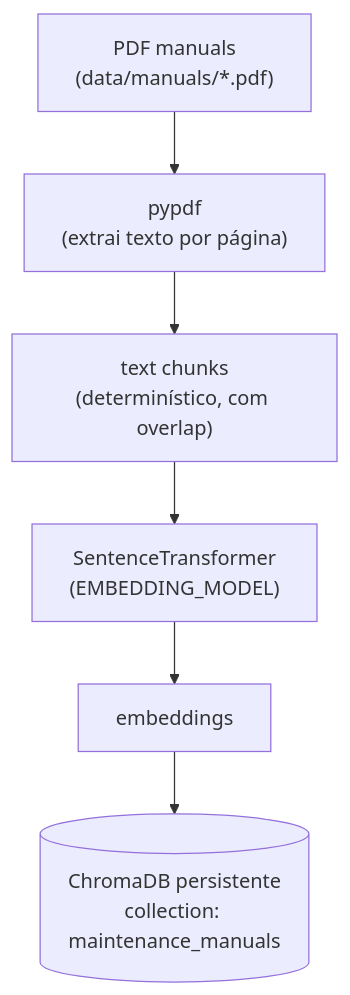
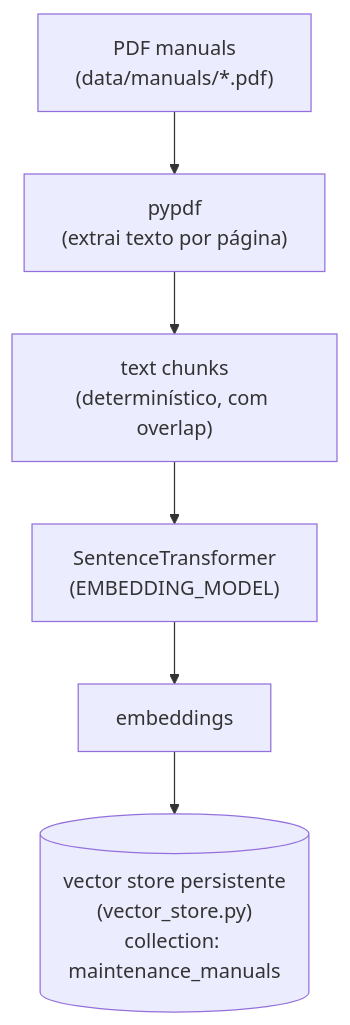
One commit to ronaldosimeone/tcc-project changed the sixth of 15 diagrams in README.md. Above: the diagram before and after it, drawn with Mermaid. The commit also changed other lines of this file and 31 other files, not shown here.

````diff
--- a/README.md
+++ b/README.md
@@ -661,8 +665,8 @@
 ```mermaid
 flowchart TD
     PDFS["PDF manuals<br/>(data/manuals/*.pdf)"] --> READER["pypdf<br/>(extrai texto por página)"]
     READER --> CHUNK["text chunks<br/>(determinístico, com overlap)"]
     CHUNK --> EMBED["SentenceTransformer<br/>(EMBEDDING_MODEL)"]
     EMBED --> VEC["embeddings"]
-    VEC --> CHROMA[("ChromaDB persistente<br/>collection: maintenance_manuals")]
+    VEC --> CHROMA[("vector store persistente<br/>(vector_store.py)<br/>collection: maintenance_manuals")]
 ```
````
